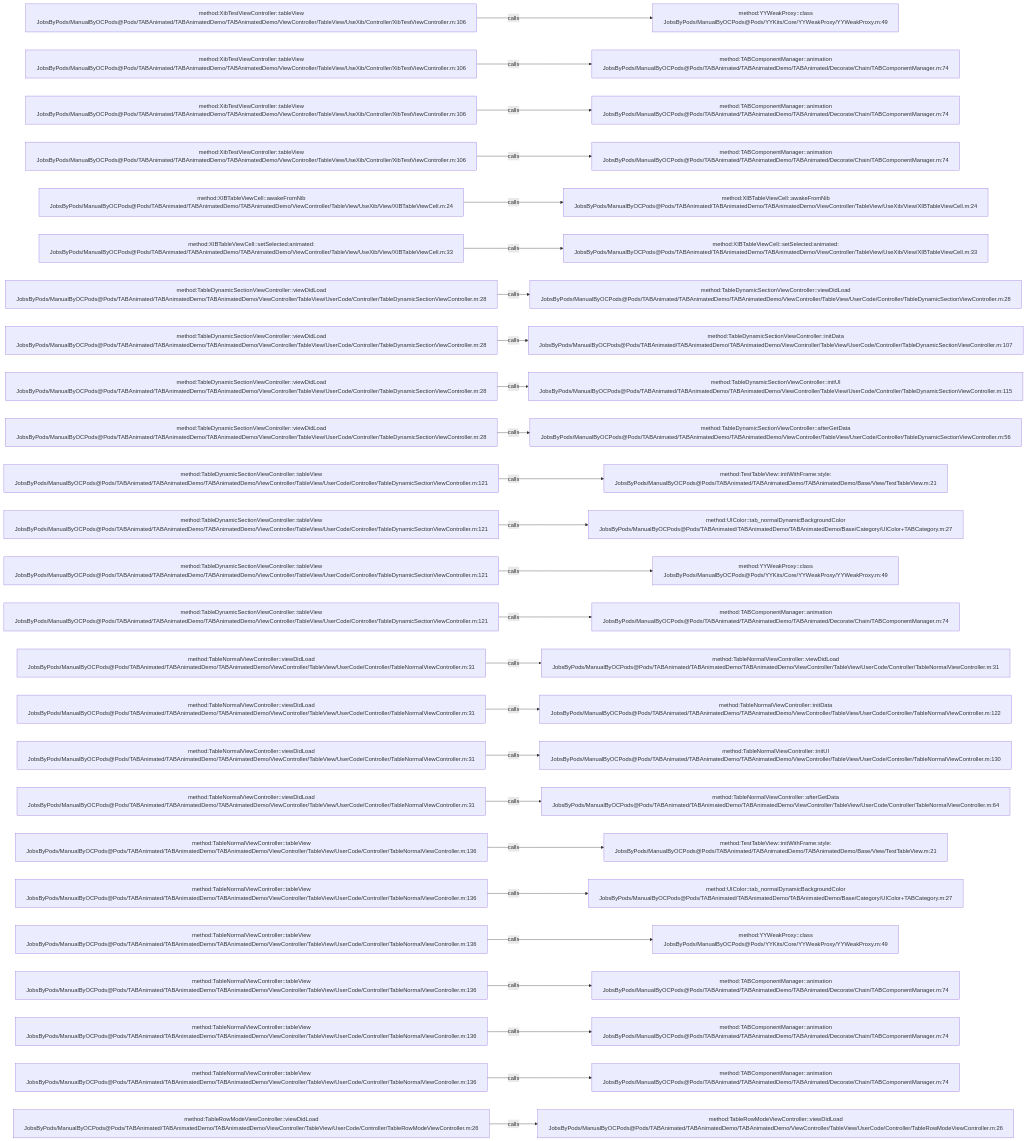
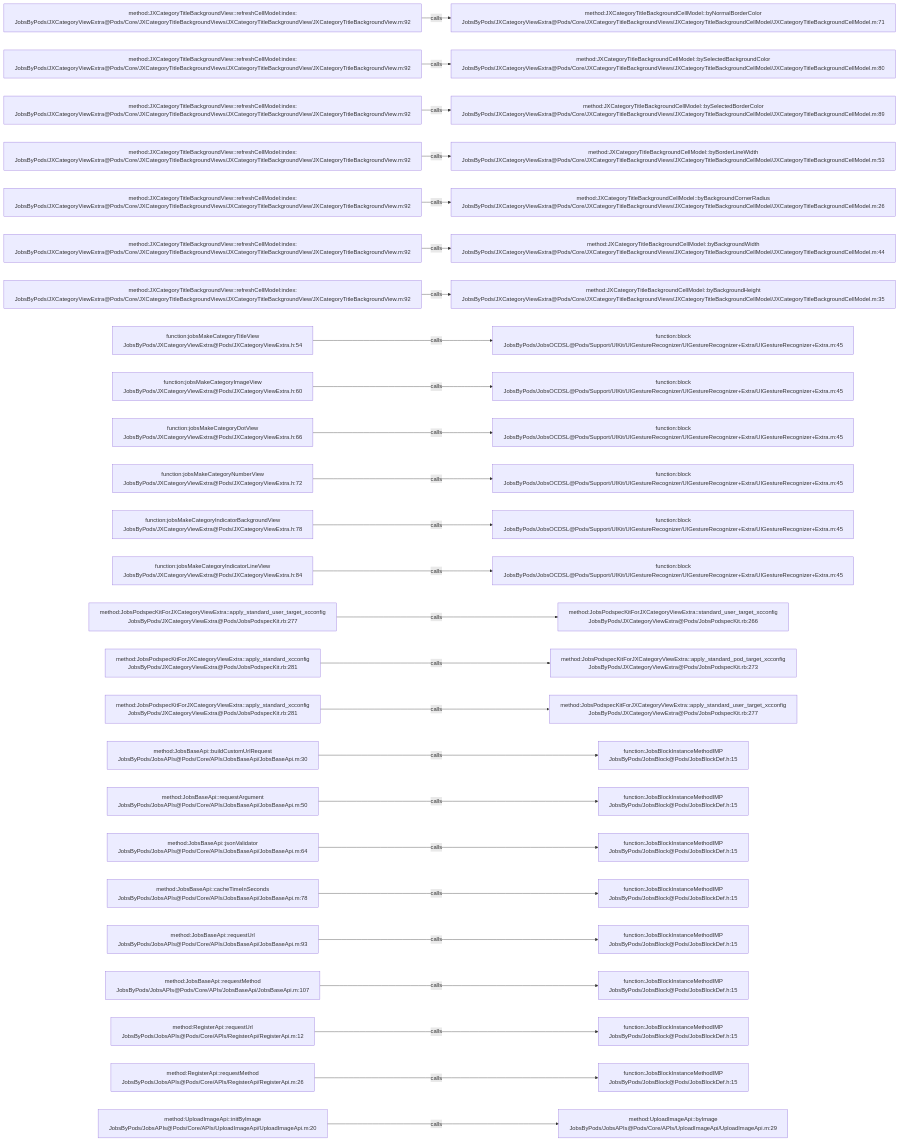
Before and after one commit to JobsKits/JobsOCBaseConfigDemo: the diagram in .codegraph/codegraph.md/graphs/calls-051.md, drawn with Mermaid. The commit also changed 768 other files, not shown here.

````diff
--- a/.codegraph/codegraph.md/graphs/calls-051.md
+++ b/.codegraph/codegraph.md/graphs/calls-051.md
@@ -13,78 +13,78 @@
 ```mermaid
 flowchart LR
-  S1["method:XibTestViewController::tableView<br/>JobsByPods/ManualByOCPods@Pods/TABAnimated/TABAnimatedDemo/TABAnimatedDemo/ViewController/TableView/UseXib/Controller/XibTestViewController.m:106"]
-  T1["method:YYWeakProxy::class<br/>JobsByPods/ManualByOCPods@Pods/YYKits/Core/YYWeakProxy/YYWeakProxy.m:49"]
+  S1["method:JXCategoryTitleBackgroundView::refreshCellModel:index:<br/>JobsByPods/JXCategoryViewExtra@Pods/Core/JXCategoryTitleBackgroundViews/JXCategoryTitleBackgroundView/JXCategoryTitleBackgroundView.m:92"]
+  T1["method:JXCategoryTitleBackgroundCellModel::byNormalBorderColor<br/>JobsByPods/JXCategoryViewExtra@Pods/Core/JXCategoryTitleBackgroundViews/JXCategoryTitleBackgroundCellModel/JXCategoryTitleBackgroundCellModel.m:71"]
   S1 -->|calls| T1
-  S2["method:XibTestViewController::tableView<br/>JobsByPods/ManualByOCPods@Pods/TABAnimated/TABAnimatedDemo/TABAnimatedDemo/ViewController/TableView/UseXib/Controller/XibTestViewController.m:106"]
-  T2["method:TABComponentManager::animation<br/>JobsByPods/ManualByOCPods@Pods/TABAnimated/TABAnimatedDemo/TABAnimated/Decorate/Chain/TABComponentManager.m:74"]
+  S2["method:JXCategoryTitleBackgroundView::refreshCellModel:index:<br/>JobsByPods/JXCategoryViewExtra@Pods/Core/JXCategoryTitleBackgroundViews/JXCategoryTitleBackgroundView/JXCategoryTitleBackgroundView.m:92"]
+  T2["method:JXCategoryTitleBackgroundCellModel::bySelectedBackgroundColor<br/>JobsByPods/JXCategoryViewExtra@Pods/Core/JXCategoryTitleBackgroundViews/JXCategoryTitleBackgroundCellModel/JXCategoryTitleBackgroundCellModel.m:80"]
   S2 -->|calls| T2
-  S3["method:XibTestViewController::tableView<br/>JobsByPods/ManualByOCPods@Pods/TABAnimated/TABAnimatedDemo/TABAnimatedDemo/ViewController/TableView/UseXib/Controller/XibTestViewController.m:106"]
-  T3["method:TABComponentManager::animation<br/>JobsByPods/ManualByOCPods@Pods/TABAnimated/TABAnimatedDemo/TABAnimated/Decorate/Chain/TABComponentManager.m:74"]
+  S3["method:JXCategoryTitleBackgroundView::refreshCellModel:index:<br/>JobsByPods/JXCategoryViewExtra@Pods/Core/JXCategoryTitleBackgroundViews/JXCategoryTitleBackgroundView/JXCategoryTitleBackgroundView.m:92"]
+  T3["method:JXCategoryTitleBackgroundCellModel::bySelectedBorderColor<br/>JobsByPods/JXCategoryViewExtra@Pods/Core/JXCategoryTitleBackgroundViews/JXCategoryTitleBackgroundCellModel/JXCategoryTitleBackgroundCellModel.m:89"]
   S3 -->|calls| T3
-  S4["method:XibTestViewController::tableView<br/>JobsByPods/ManualByOCPods@Pods/TABAnimated/TABAnimatedDemo/TABAnimatedDemo/ViewController/TableView/UseXib/Controller/XibTestViewController.m:106"]
-  T4["method:TABComponentManager::animation<br/>JobsByPods/ManualByOCPods@Pods/TABAnimated/TABAnimatedDemo/TABAnimated/Decorate/Chain/TABComponentManager.m:74"]
+  S4["method:JXCategoryTitleBackgroundView::refreshCellModel:index:<br/>JobsByPods/JXCategoryViewExtra@Pods/Core/JXCategoryTitleBackgroundViews/JXCategoryTitleBackgroundView/JXCategoryTitleBackgroundView.m:92"]
+  T4["method:JXCategoryTitleBackgroundCellModel::byBorderLineWidth<br/>JobsByPods/JXCategoryViewExtra@Pods/Core/JXCategoryTitleBackgroundViews/JXCategoryTitleBackgroundCellModel/JXCategoryTitleBackgroundCellModel.m:53"]
   S4 -->|calls| T4
-  S5["method:XIBTableViewCell::awakeFromNib<br/>JobsByPods/ManualByOCPods@Pods/TABAnimated/TABAnimatedDemo/TABAnimatedDemo/ViewController/TableView/UseXib/View/XIBTableViewCell.m:24"]
-  T5["method:XIBTableViewCell::awakeFromNib<br/>JobsByPods/ManualByOCPods@Pods/TABAnimated/TABAnimatedDemo/TABAnimatedDemo/ViewController/TableView/UseXib/View/XIBTableViewCell.m:24"]
+  S5["method:JXCategoryTitleBackgroundView::refreshCellModel:index:<br/>JobsByPods/JXCategoryViewExtra@Pods/Core/JXCategoryTitleBackgroundViews/JXCategoryTitleBackgroundView/JXCategoryTitleBackgroundView.m:92"]
+  T5["method:JXCategoryTitleBackgroundCellModel::byBackgroundCornerRadius<br/>JobsByPods/JXCategoryViewExtra@Pods/Core/JXCategoryTitleBackgroundViews/JXCategoryTitleBackgroundCellModel/JXCategoryTitleBackgroundCellModel.m:26"]
   S5 -->|calls| T5
-  S6["method:XIBTableViewCell::setSelected:animated:<br/>JobsByPods/ManualByOCPods@Pods/TABAnimated/TABAnimatedDemo/TABAnimatedDemo/ViewController/TableView/UseXib/View/XIBTableViewCell.m:33"]
-  T6["method:XIBTableViewCell::setSelected:animated:<br/>JobsByPods/ManualByOCPods@Pods/TABAnimated/TABAnimatedDemo/TABAnimatedDemo/ViewController/TableView/UseXib/View/XIBTableViewCell.m:33"]
+  S6["method:JXCategoryTitleBackgroundView::refreshCellModel:index:<br/>JobsByPods/JXCategoryViewExtra@Pods/Core/JXCategoryTitleBackgroundViews/JXCategoryTitleBackgroundView/JXCategoryTitleBackgroundView.m:92"]
+  T6["method:JXCategoryTitleBackgroundCellModel::byBackgroundWidth<br/>JobsByPods/JXCategoryViewExtra@Pods/Core/JXCategoryTitleBackgroundViews/JXCategoryTitleBackgroundCellModel/JXCategoryTitleBackgroundCellModel.m:44"]
   S6 -->|calls| T6
-  S7["method:TableDynamicSectionViewController::viewDidLoad<br/>JobsByPods/ManualByOCPods@Pods/TABAnimated/TABAnimatedDemo/TABAnimatedDemo/ViewController/TableView/UserCode/Controller/TableDynamicSectionViewController.m:28"]
-  T7["method:TableDynamicSectionViewController::viewDidLoad<br/>JobsByPods/ManualByOCPods@Pods/TABAnimated/TABAnimatedDemo/TABAnimatedDemo/ViewController/TableView/UserCode/Controller/TableDynamicSectionViewController.m:28"]
+  S7["method:JXCategoryTitleBackgroundView::refreshCellModel:index:<br/>JobsByPods/JXCategoryViewExtra@Pods/Core/JXCategoryTitleBackgroundViews/JXCategoryTitleBackgroundView/JXCategoryTitleBackgroundView.m:92"]
+  T7["method:JXCategoryTitleBackgroundCellModel::byBackgroundHeight<br/>JobsByPods/JXCategoryViewExtra@Pods/Core/JXCategoryTitleBackgroundViews/JXCategoryTitleBackgroundCellModel/JXCategoryTitleBackgroundCellModel.m:35"]
   S7 -->|calls| T7
-  S8["method:TableDynamicSectionViewController::viewDidLoad<br/>JobsByPods/ManualByOCPods@Pods/TABAnimated/TABAnimatedDemo/TABAnimatedDemo/ViewController/TableView/UserCode/Controller/TableDynamicSectionViewController.m:28"]
-  T8["method:TableDynamicSectionViewController::initData<br/>JobsByPods/ManualByOCPods@Pods/TABAnimated/TABAnimatedDemo/TABAnimatedDemo/ViewController/TableView/UserCode/Controller/TableDynamicSectionViewController.m:107"]
+  S8["function:jobsMakeCategoryTitleView<br/>JobsByPods/JXCategoryViewExtra@Pods/JXCategoryViewExtra.h:54"]
+  T8["function:block<br/>JobsByPods/JobsOCDSL@Pods/Support/UIKit/UIGestureRecognizer/UIGestureRecognizer+Extra/UIGestureRecognizer+Extra.m:45"]
   S8 -->|calls| T8
-  S9["method:TableDynamicSectionViewController::viewDidLoad<br/>JobsByPods/ManualByOCPods@Pods/TABAnimated/TABAnimatedDemo/TABAnimatedDemo/ViewController/TableView/UserCode/Controller/TableDynamicSectionViewController.m:28"]
-  T9["method:TableDynamicSectionViewController::initUI<br/>JobsByPods/ManualByOCPods@Pods/TABAnimated/TABAnimatedDemo/TABAnimatedDemo/ViewController/TableView/UserCode/Controller/TableDynamicSectionViewController.m:115"]
+  S9["function:jobsMakeCategoryImageView<br/>JobsByPods/JXCategoryViewExtra@Pods/JXCategoryViewExtra.h:60"]
+  T9["function:block<br/>JobsByPods/JobsOCDSL@Pods/Support/UIKit/UIGestureRecognizer/UIGestureRecognizer+Extra/UIGestureRecognizer+Extra.m:45"]
   S9 -->|calls| T9
-  S10["method:TableDynamicSectionViewController::viewDidLoad<br/>JobsByPods/ManualByOCPods@Pods/TABAnimated/TABAnimatedDemo/TABAnimatedDemo/ViewController/TableView/UserCode/Controller/TableDynamicSectionViewController.m:28"]
-  T10["method:TableDynamicSectionViewController::afterGetData<br/>JobsByPods/ManualByOCPods@Pods/TABAnimated/TABAnimatedDemo/TABAnimatedDemo/ViewController/TableView/UserCode/Controller/TableDynamicSectionViewController.m:56"]
+  S10["function:jobsMakeCategoryDotView<br/>JobsByPods/JXCategoryViewExtra@Pods/JXCategoryViewExtra.h:66"]
+  T10["function:block<br/>JobsByPods/JobsOCDSL@Pods/Support/UIKit/UIGestureRecognizer/UIGestureRecognizer+Extra/UIGestureRecognizer+Extra.m:45"]
   S10 -->|calls| T10
-  S11["method:TableDynamicSectionViewController::tableView<br/>JobsByPods/ManualByOCPods@Pods/TABAnimated/TABAnimatedDemo/TABAnimatedDemo/ViewController/TableView/UserCode/Controller/TableDynamicSectionViewController.m:121"]
-  T11["method:TestTableView::initWithFrame:style:<br/>JobsByPods/ManualByOCPods@Pods/TABAnimated/TABAnimatedDemo/TABAnimatedDemo/Base/View/TestTableView.m:21"]
+  S11["function:jobsMakeCategoryNumberView<br/>JobsByPods/JXCategoryViewExtra@Pods/JXCategoryViewExtra.h:72"]
+  T11["function:block<br/>JobsByPods/JobsOCDSL@Pods/Support/UIKit/UIGestureRecognizer/UIGestureRecognizer+Extra/UIGestureRecognizer+Extra.m:45"]
   S11 -->|calls| T11
-  S12["method:TableDynamicSectionViewController::tableView<br/>JobsByPods/ManualByOCPods@Pods/TABAnimated/TABAnimatedDemo/TABAnimatedDemo/ViewController/TableView/UserCode/Controller/TableDynamicSectionViewController.m:121"]
-  T12["method:UIColor::tab_normalDynamicBackgroundColor<br/>JobsByPods/ManualByOCPods@Pods/TABAnimated/TABAnimatedDemo/TABAnimatedDemo/Base/Category/UIColor+TABCategory.m:27"]
+  S12["function:jobsMakeCategoryIndicatorBackgroundView<br/>JobsByPods/JXCategoryViewExtra@Pods/JXCategoryViewExtra.h:78"]
+  T12["function:block<br/>JobsByPods/JobsOCDSL@Pods/Support/UIKit/UIGestureRecognizer/UIGestureRecognizer+Extra/UIGestureRecognizer+Extra.m:45"]
   S12 -->|calls| T12
-  S13["method:TableDynamicSectionViewController::tableView<br/>JobsByPods/ManualByOCPods@Pods/TABAnimated/TABAnimatedDemo/TABAnimatedDemo/ViewController/TableView/UserCode/Controller/TableDynamicSectionViewController.m:121"]
-  T13["method:YYWeakProxy::class<br/>JobsByPods/ManualByOCPods@Pods/YYKits/Core/YYWeakProxy/YYWeakProxy.m:49"]
+  S13["function:jobsMakeCategoryIndicatorLineView<br/>JobsByPods/JXCategoryViewExtra@Pods/JXCategoryViewExtra.h:84"]
+  T13["function:block<br/>JobsByPods/JobsOCDSL@Pods/Support/UIKit/UIGestureRecognizer/UIGestureRecognizer+Extra/UIGestureRecognizer+Extra.m:45"]
   S13 -->|calls| T13
-  S14["method:TableDynamicSectionViewController::tableView<br/>JobsByPods/ManualByOCPods@Pods/TABAnimated/TABAnimatedDemo/TABAnimatedDemo/ViewController/TableView/UserCode/Controller/TableDynamicSectionViewController.m:121"]
-  T14["method:TABComponentManager::animation<br/>JobsByPods/ManualByOCPods@Pods/TABAnimated/TABAnimatedDemo/TABAnimated/Decorate/Chain/TABComponentManager.m:74"]
+  S14["method:JobsPodspecKitForJXCategoryViewExtra::apply_standard_user_target_xcconfig<br/>JobsByPods/JXCategoryViewExtra@Pods/JobsPodspecKit.rb:277"]
+  T14["method:JobsPodspecKitForJXCategoryViewExtra::standard_user_target_xcconfig<br/>JobsByPods/JXCategoryViewExtra@Pods/JobsPodspecKit.rb:266"]
   S14 -->|calls| T14
-  S15["method:TableNormalViewController::viewDidLoad<br/>JobsByPods/ManualByOCPods@Pods/TABAnimated/TABAnimatedDemo/TABAnimatedDemo/ViewController/TableView/UserCode/Controller/TableNormalViewController.m:31"]
-  T15["method:TableNormalViewController::viewDidLoad<br/>JobsByPods/ManualByOCPods@Pods/TABAnimated/TABAnimatedDemo/TABAnimatedDemo/ViewController/TableView/UserCode/Controller/TableNormalViewController.m:31"]
+  S15["method:JobsPodspecKitForJXCategoryViewExtra::apply_standard_xcconfig<br/>JobsByPods/JXCategoryViewExtra@Pods/JobsPodspecKit.rb:281"]
+  T15["method:JobsPodspecKitForJXCategoryViewExtra::apply_standard_pod_target_xcconfig<br/>JobsByPods/JXCategoryViewExtra@Pods/JobsPodspecKit.rb:273"]
   S15 -->|calls| T15
-  S16["method:TableNormalViewController::viewDidLoad<br/>JobsByPods/ManualByOCPods@Pods/TABAnimated/TABAnimatedDemo/TABAnimatedDemo/ViewController/TableView/UserCode/Controller/TableNormalViewController.m:31"]
-  T16["method:TableNormalViewController::initData<br/>JobsByPods/ManualByOCPods@Pods/TABAnimated/TABAnimatedDemo/TABAnimatedDemo/ViewController/TableView/UserCode/Controller/TableNormalViewController.m:122"]
+  S16["method:JobsPodspecKitForJXCategoryViewExtra::apply_standard_xcconfig<br/>JobsByPods/JXCategoryViewExtra@Pods/JobsPodspecKit.rb:281"]
+  T16["method:JobsPodspecKitForJXCategoryViewExtra::apply_standard_user_target_xcconfig<br/>JobsByPods/JXCategoryViewExtra@Pods/JobsPodspecKit.rb:277"]
   S16 -->|calls| T16
-  S17["method:TableNormalViewController::viewDidLoad<br/>JobsByPods/ManualByOCPods@Pods/TABAnimated/TABAnimatedDemo/TABAnimatedDemo/ViewController/TableView/UserCode/Controller/TableNormalViewController.m:31"]
-  T17["method:TableNormalViewController::initUI<br/>JobsByPods/ManualByOCPods@Pods/TABAnimated/TABAnimatedDemo/TABAnimatedDemo/ViewController/TableView/UserCode/Controller/TableNormalViewController.m:130"]
+  S17["method:JobsBaseApi::buildCustomUrlRequest<br/>JobsByPods/JobsAPIs@Pods/Core/APIs/JobsBaseApi/JobsBaseApi.m:30"]
+  T17["function:JobsBlockInstanceMethodIMP<br/>JobsByPods/JobsBlock@Pods/JobsBlockDef.h:15"]
   S17 -->|calls| T17
-  S18["method:TableNormalViewController::viewDidLoad<br/>JobsByPods/ManualByOCPods@Pods/TABAnimated/TABAnimatedDemo/TABAnimatedDemo/ViewController/TableView/UserCode/Controller/TableNormalViewController.m:31"]
-  T18["method:TableNormalViewController::afterGetData<br/>JobsByPods/ManualByOCPods@Pods/TABAnimated/TABAnimatedDemo/TABAnimatedDemo/ViewController/TableView/UserCode/Controller/TableNormalViewController.m:64"]
+  S18["method:JobsBaseApi::requestArgument<br/>JobsByPods/JobsAPIs@Pods/Core/APIs/JobsBaseApi/JobsBaseApi.m:50"]
+  T18["function:JobsBlockInstanceMethodIMP<br/>JobsByPods/JobsBlock@Pods/JobsBlockDef.h:15"]
   S18 -->|calls| T18
-  S19["method:TableNormalViewController::tableView<br/>JobsByPods/ManualByOCPods@Pods/TABAnimated/TABAnimatedDemo/TABAnimatedDemo/ViewController/TableView/UserCode/Controller/TableNormalViewController.m:136"]
-  T19["method:TestTableView::initWithFrame:style:<br/>JobsByPods/ManualByOCPods@Pods/TABAnimated/TABAnimatedDemo/TABAnimatedDemo/Base/View/TestTableView.m:21"]
+  S19["method:JobsBaseApi::jsonValidator<br/>JobsByPods/JobsAPIs@Pods/Core/APIs/JobsBaseApi/JobsBaseApi.m:64"]
+  T19["function:JobsBlockInstanceMethodIMP<br/>JobsByPods/JobsBlock@Pods/JobsBlockDef.h:15"]
   S19 -->|calls| T19
-  S20["method:TableNormalViewController::tableView<br/>JobsByPods/ManualByOCPods@Pods/TABAnimated/TABAnimatedDemo/TABAnimatedDemo/ViewController/TableView/UserCode/Controller/TableNormalViewController.m:136"]
-  T20["method:UIColor::tab_normalDynamicBackgroundColor<br/>JobsByPods/ManualByOCPods@Pods/TABAnimated/TABAnimatedDemo/TABAnimatedDemo/Base/Category/UIColor+TABCategory.m:27"]
+  S20["method:JobsBaseApi::cacheTimeInSeconds<br/>JobsByPods/JobsAPIs@Pods/Core/APIs/JobsBaseApi/JobsBaseApi.m:78"]
+  T20["function:JobsBlockInstanceMethodIMP<br/>JobsByPods/JobsBlock@Pods/JobsBlockDef.h:15"]
   S20 -->|calls| T20
-  S21["method:TableNormalViewController::tableView<br/>JobsByPods/ManualByOCPods@Pods/TABAnimated/TABAnimatedDemo/TABAnimatedDemo/ViewController/TableView/UserCode/Controller/TableNormalViewController.m:136"]
-  T21["method:YYWeakProxy::class<br/>JobsByPods/ManualByOCPods@Pods/YYKits/Core/YYWeakProxy/YYWeakProxy.m:49"]
+  S21["method:JobsBaseApi::requestUrl<br/>JobsByPods/JobsAPIs@Pods/Core/APIs/JobsBaseApi/JobsBaseApi.m:93"]
+  T21["function:JobsBlockInstanceMethodIMP<br/>JobsByPods/JobsBlock@Pods/JobsBlockDef.h:15"]
   S21 -->|calls| T21
-  S22["method:TableNormalViewController::tableView<br/>JobsByPods/ManualByOCPods@Pods/TABAnimated/TABAnimatedDemo/TABAnimatedDemo/ViewController/TableView/UserCode/Controller/TableNormalViewController.m:136"]
-  T22["method:TABComponentManager::animation<br/>JobsByPods/ManualByOCPods@Pods/TABAnimated/TABAnimatedDemo/TABAnimated/Decorate/Chain/TABComponentManager.m:74"]
+  S22["method:JobsBaseApi::requestMethod<br/>JobsByPods/JobsAPIs@Pods/Core/APIs/JobsBaseApi/JobsBaseApi.m:107"]
+  T22["function:JobsBlockInstanceMethodIMP<br/>JobsByPods/JobsBlock@Pods/JobsBlockDef.h:15"]
   S22 -->|calls| T22
-  S23["method:TableNormalViewController::tableView<br/>JobsByPods/ManualByOCPods@Pods/TABAnimated/TABAnimatedDemo/TABAnimatedDemo/ViewController/TableView/UserCode/Controller/TableNormalViewController.m:136"]
-  T23["method:TABComponentManager::animation<br/>JobsByPods/ManualByOCPods@Pods/TABAnimated/TABAnimatedDemo/TABAnimated/Decorate/Chain/TABComponentManager.m:74"]
+  S23["method:RegisterApi::requestUrl<br/>JobsByPods/JobsAPIs@Pods/Core/APIs/RegisterApi/RegisterApi.m:12"]
+  T23["function:JobsBlockInstanceMethodIMP<br/>JobsByPods/JobsBlock@Pods/JobsBlockDef.h:15"]
   S23 -->|calls| T23
-  S24["method:TableNormalViewController::tableView<br/>JobsByPods/ManualByOCPods@Pods/TABAnimated/TABAnimatedDemo/TABAnimatedDemo/ViewController/TableView/UserCode/Controller/TableNormalViewController.m:136"]
-  T24["method:TABComponentManager::animation<br/>JobsByPods/ManualByOCPods@Pods/TABAnimated/TABAnimatedDemo/TABAnimated/Decorate/Chain/TABComponentManager.m:74"]
+  S24["method:RegisterApi::requestMethod<br/>JobsByPods/JobsAPIs@Pods/Core/APIs/RegisterApi/RegisterApi.m:26"]
+  T24["function:JobsBlockInstanceMethodIMP<br/>JobsByPods/JobsBlock@Pods/JobsBlockDef.h:15"]
   S24 -->|calls| T24
-  S25["method:TableRowModeViewController::viewDidLoad<br/>JobsByPods/ManualByOCPods@Pods/TABAnimated/TABAnimatedDemo/TABAnimatedDemo/ViewController/TableView/UserCode/Controller/TableRowModeViewController.m:26"]
-  T25["method:TableRowModeViewController::viewDidLoad<br/>JobsByPods/ManualByOCPods@Pods/TABAnimated/TABAnimatedDemo/TABAnimatedDemo/ViewController/TableView/UserCode/Controller/TableRowModeViewController.m:26"]
+  S25["method:UploadImageApi::initByImage<br/>JobsByPods/JobsAPIs@Pods/Core/APIs/UploadImageApi/UploadImageApi.m:20"]
+  T25["method:UploadImageApi::byImage<br/>JobsByPods/JobsAPIs@Pods/Core/APIs/UploadImageApi/UploadImageApi.m:29"]
   S25 -->|calls| T25
 ```
````
